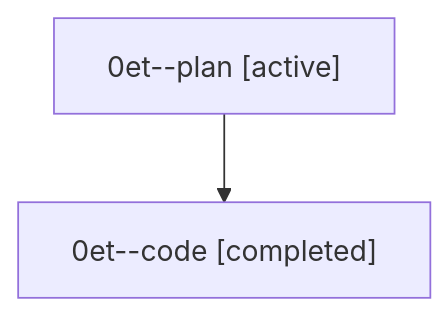
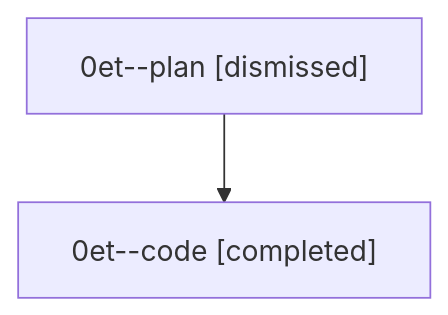
One commit to sase-org/sase--agents changed the diagram in sessions/bbugyi200.athena.0et.md. Above: the diagram before and after it, drawn with Mermaid. The commit also changed other lines of this file and 22 other files, not shown here.

````diff
--- a/sessions/bbugyi200.athena.0et.md
+++ b/sessions/bbugyi200.athena.0et.md
@@ -9,6 +9,6 @@
 ```mermaid
 flowchart TD
-  n0["0et--plan [active]"]
+  n0["0et--plan [dismissed]"]
   n1["0et--code [completed]"]
   n0 --> n1
 ```
````
